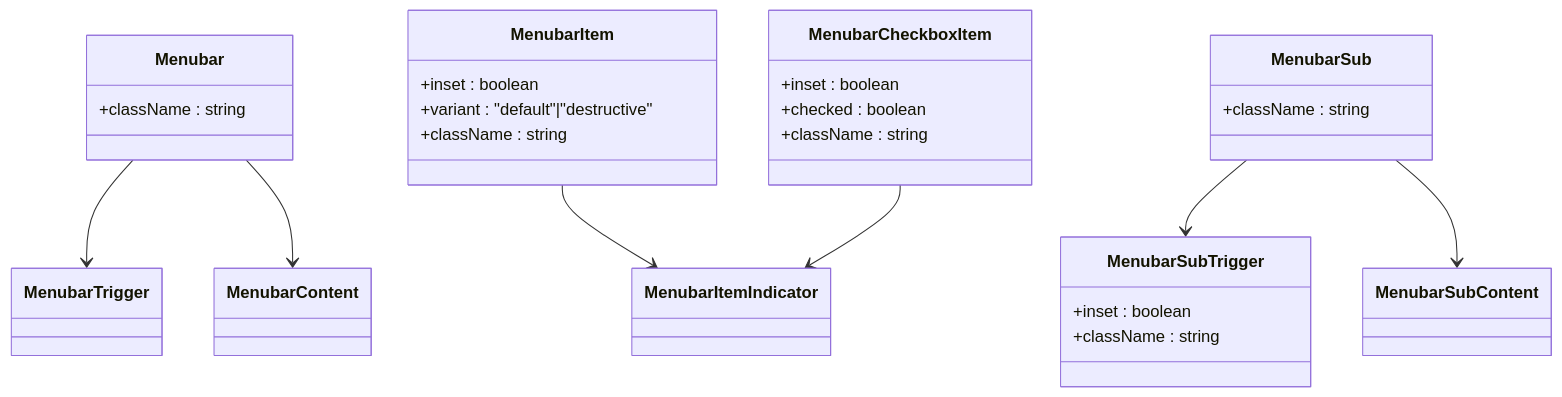
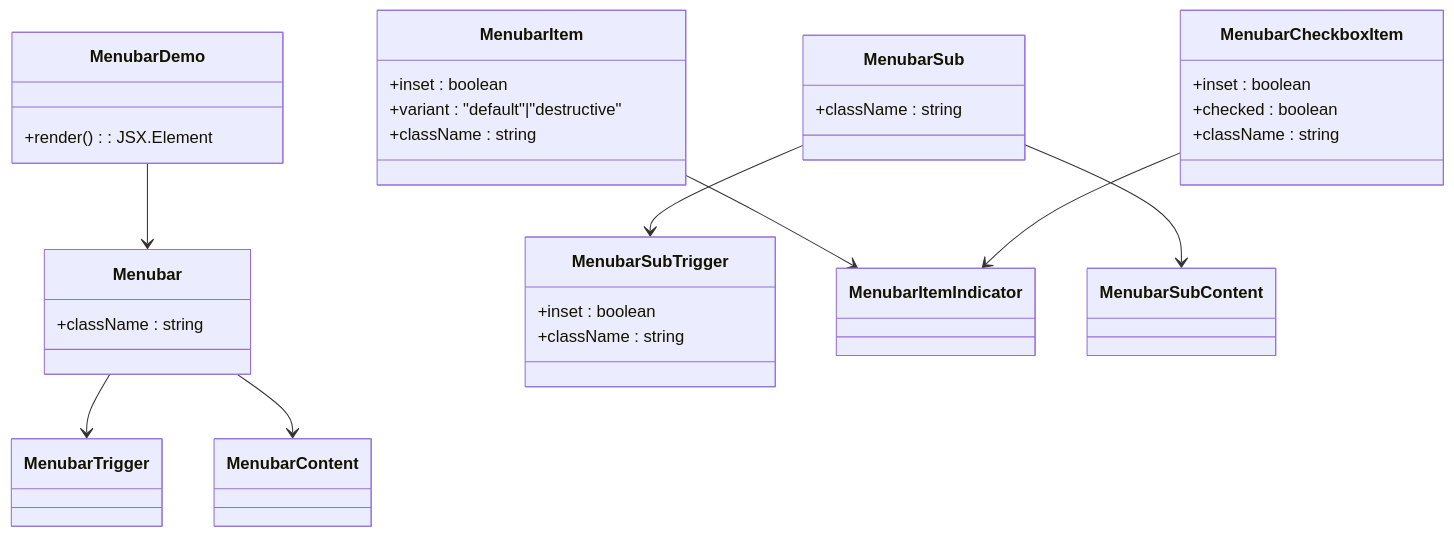
One commit to vincet0t15/template changed the eighth of 12 diagrams in .qoder/repowiki/en/content/Frontend Components & UI/Frontend Components & UI.md. Above: the diagram before and after it, drawn with Mermaid. The commit also changed other lines of this file and 5 other files, not shown here.

````diff
--- a/.qoder/repowiki/en/content/Frontend Components & UI/Frontend Components & UI.md
+++ b/.qoder/repowiki/en/content/Frontend Components & UI/Frontend Components & UI.md
@@ -484,29 +471,33 @@
 ```mermaid
 classDiagram
 class Menubar {
 +className : string
 }
 class MenubarItem {
 +inset : boolean
 +variant : "default"|"destructive"
 +className : string
 }
 class MenubarCheckboxItem {
 +inset : boolean
 +checked : boolean
 +className : string
 }
 class MenubarSub {
 +className : string
 }
 class MenubarSubTrigger {
 +inset : boolean
 +className : string
 }
+class MenubarDemo {
++render() : JSX.Element
+}
 Menubar --> MenubarTrigger
 Menubar --> MenubarContent
 MenubarItem --> MenubarItemIndicator
 MenubarCheckboxItem --> MenubarItemIndicator
 MenubarSub --> MenubarSubTrigger
 MenubarSub --> MenubarSubContent
+MenubarDemo --> Menubar
 ```
````
